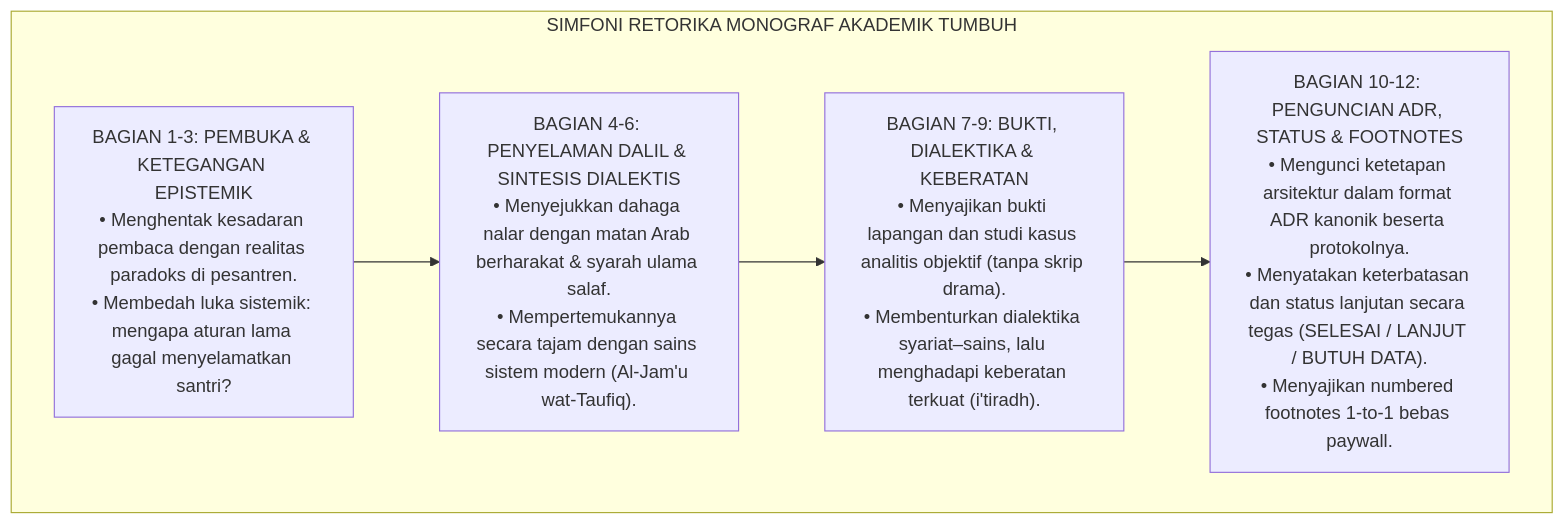
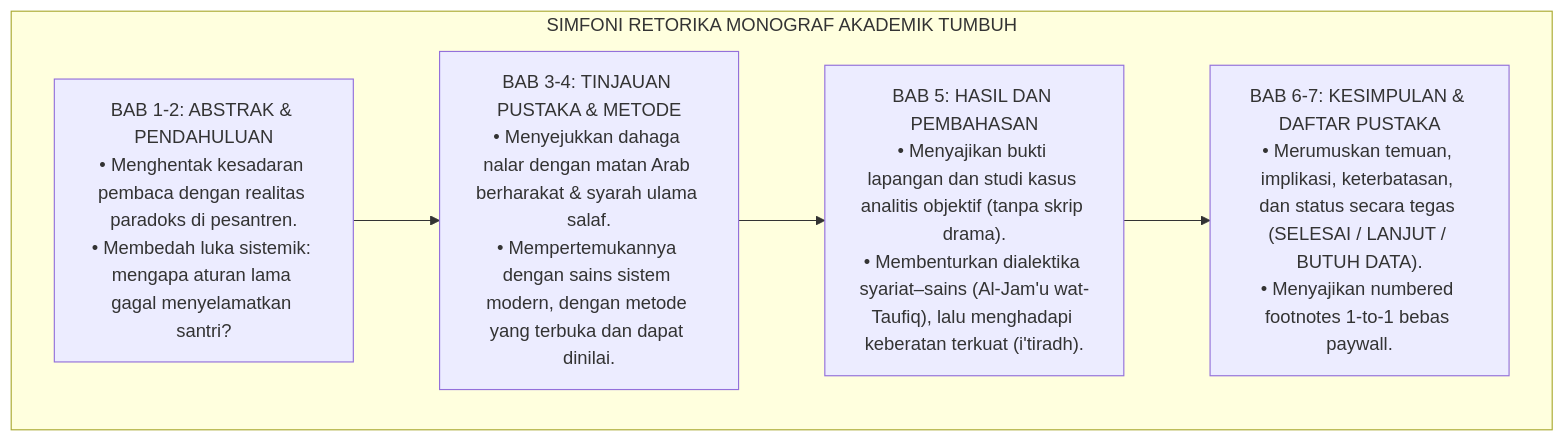
Before and after one commit to wandiapriliyandi/tumbuh: the diagram in .agents/skills/pakar-penulis-monograf-tumbuh/SKILL.md, drawn with Mermaid. The commit also changed other lines of this file and 3 other files, not shown here.

Commit message:
Struktur final artikel jurnal 7 bab (keputusan Wandi): skill diselaraskan, contoh edit P00000 ditulis ulang bentuk jurnal, ADR/protokol/guardrails menjadi dokumen repositori turunan kesimpulan

````diff
--- a/.agents/skills/pakar-penulis-monograf-tumbuh/SKILL.md
+++ b/.agents/skills/pakar-penulis-monograf-tumbuh/SKILL.md
@@ -48,14 +44,14 @@
 ```mermaid
 graph TD
     subgraph AlurRetorika["SIMFONI RETORIKA MONOGRAF AKADEMIK TUMBUH"]
-        A1["BAGIAN 1-3: PEMBUKA & KETEGANGAN EPISTEMIK<br/>• Menghentak kesadaran pembaca dengan realitas paradoks di pesantren.<br/>• Membedah luka sistemik: mengapa aturan lama gagal menyelamatkan santri?"]
+        A1["BAB 1-2: ABSTRAK & PENDAHULUAN<br/>• Menghentak kesadaran pembaca dengan realitas paradoks di pesantren.<br/>• Membedah luka sistemik: mengapa aturan lama gagal menyelamatkan santri?"]
         
-        A2["BAGIAN 4-6: PENYELAMAN DALIL & SINTESIS DIALEKTIS<br/>• Menyejukkan dahaga nalar dengan matan Arab berharakat & syarah ulama salaf.<br/>• Mempertemukannya secara tajam dengan sains sistem modern (Al-Jam'u wat-Taufiq)."]
+        A2["BAB 3-4: TINJAUAN PUSTAKA & METODE<br/>• Menyejukkan dahaga nalar dengan matan Arab berharakat & syarah ulama salaf.<br/>• Mempertemukannya dengan sains sistem modern, dengan metode yang terbuka dan dapat dinilai."]
         
-        A3["BAGIAN 7-9: BUKTI, DIALEKTIKA & KEBERATAN<br/>• Menyajikan bukti lapangan dan studi kasus analitis objektif (tanpa skrip drama).<br/>• Membenturkan dialektika syariat–sains, lalu menghadapi keberatan terkuat (i'tiradh)."]
+        A3["BAB 5: HASIL DAN PEMBAHASAN<br/>• Menyajikan bukti lapangan dan studi kasus analitis objektif (tanpa skrip drama).<br/>• Membenturkan dialektika syariat–sains (Al-Jam'u wat-Taufiq), lalu menghadapi keberatan terkuat (i'tiradh)."]
         
-        A4["BAGIAN 10-12: PENGUNCIAN ADR, STATUS & FOOTNOTES<br/>• Mengunci ketetapan arsitektur dalam format ADR kanonik beserta protokolnya.<br/>• Menyatakan keterbatasan dan status lanjutan secara tegas (SELESAI / LANJUT / BUTUH DATA).<br/>• Menyajikan numbered footnotes 1-to-1 bebas paywall."]
+        A4["BAB 6-7: KESIMPULAN & DAFTAR PUSTAKA<br/>• Merumuskan temuan, implikasi, keterbatasan, dan status secara tegas (SELESAI / LANJUT / BUTUH DATA).<br/>• Menyajikan numbered footnotes 1-to-1 bebas paywall."]
         
         A1 --> A2 --> A3 --> A4
     end
 ```
````
